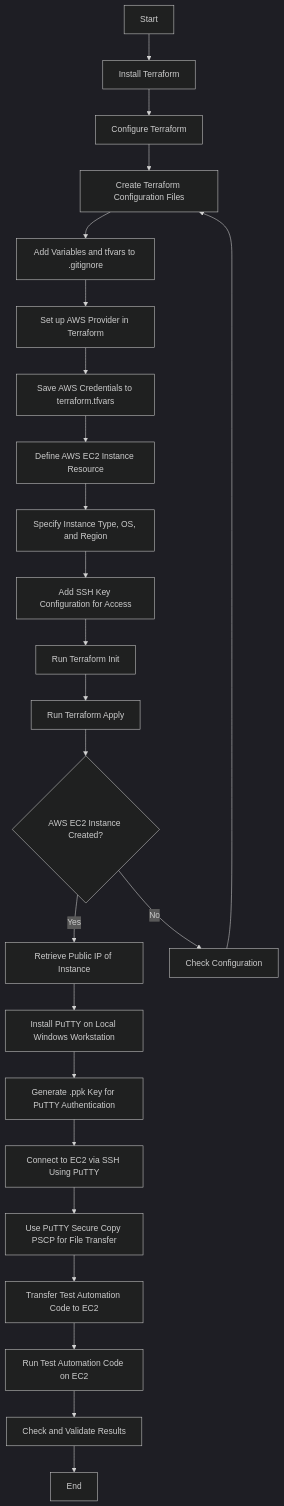
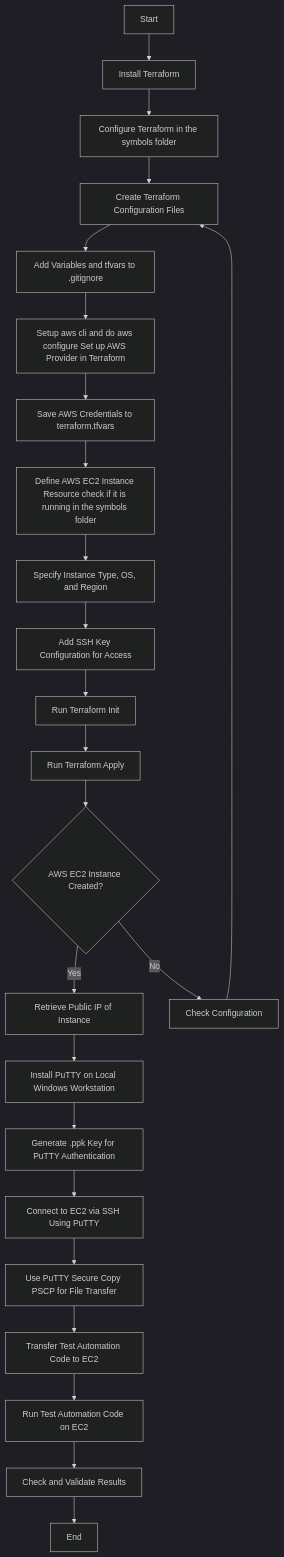
One commit to rifaterdemsahin/Putty changed the diagram in Journey/roadmapLocal.md. Above: the diagram before and after it, drawn with Mermaid (dark theme). The commit also changed 4 other files, not shown here.

````diff
--- a/Journey/roadmapLocal.md
+++ b/Journey/roadmapLocal.md
@@ -6,27 +6,27 @@
 ```mermaid
 graph TD
     A[Start] --> B[Install Terraform]
-    B --> C[Configure Terraform]
+    B --> C[Configure Terraform in the symbols folder]
     C --> D[Create Terraform Configuration Files]
     D --> E[Add Variables and tfvars to .gitignore]
-    E --> F[Set up AWS Provider in Terraform]
+    E --> F[Setup aws cli and do aws configure Set up AWS Provider in Terraform]
     F --> G[Save AWS Credentials to terraform.tfvars]
-    G --> H[Define AWS EC2 Instance Resource]
+    G --> H[Define AWS EC2 Instance Resource check if it is running in the symbols folder]
     H --> I[Specify Instance Type, OS, and Region]
     I --> J[Add SSH Key Configuration for Access]
     J --> K[Run Terraform Init]
     K --> L[Run Terraform Apply]
     L --> M{AWS EC2 Instance Created?}
     M -->|Yes| N[Retrieve Public IP of Instance]
     M -->|No| Z[Check Configuration]
     N --> O[Install PuTTY on Local Windows Workstation]
     O --> P[Generate .ppk Key for PuTTY Authentication]
     P --> Q[Connect to EC2 via SSH Using PuTTY]
     Q --> R[Use PuTTY Secure Copy PSCP for File Transfer]
     R --> S[Transfer Test Automation Code to EC2]
     S --> T[Run Test Automation Code on EC2]
     T --> U[Check and Validate Results]
     U --> V[End]
 
     Z --> D
 ```
````
